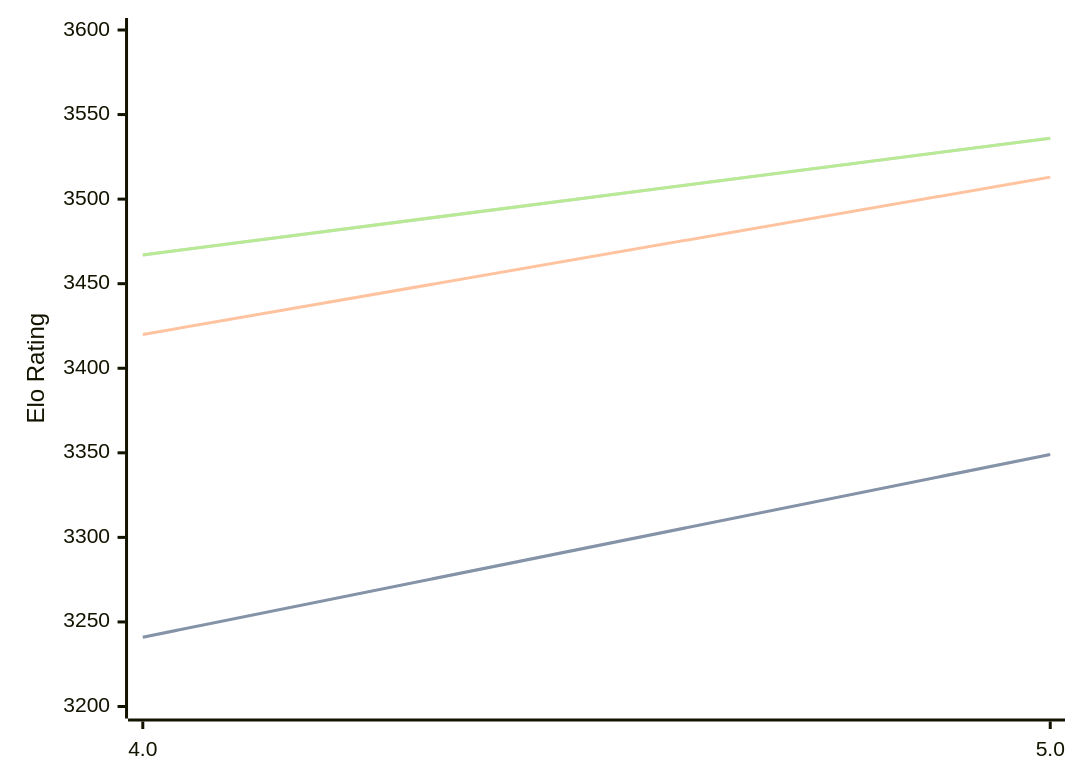
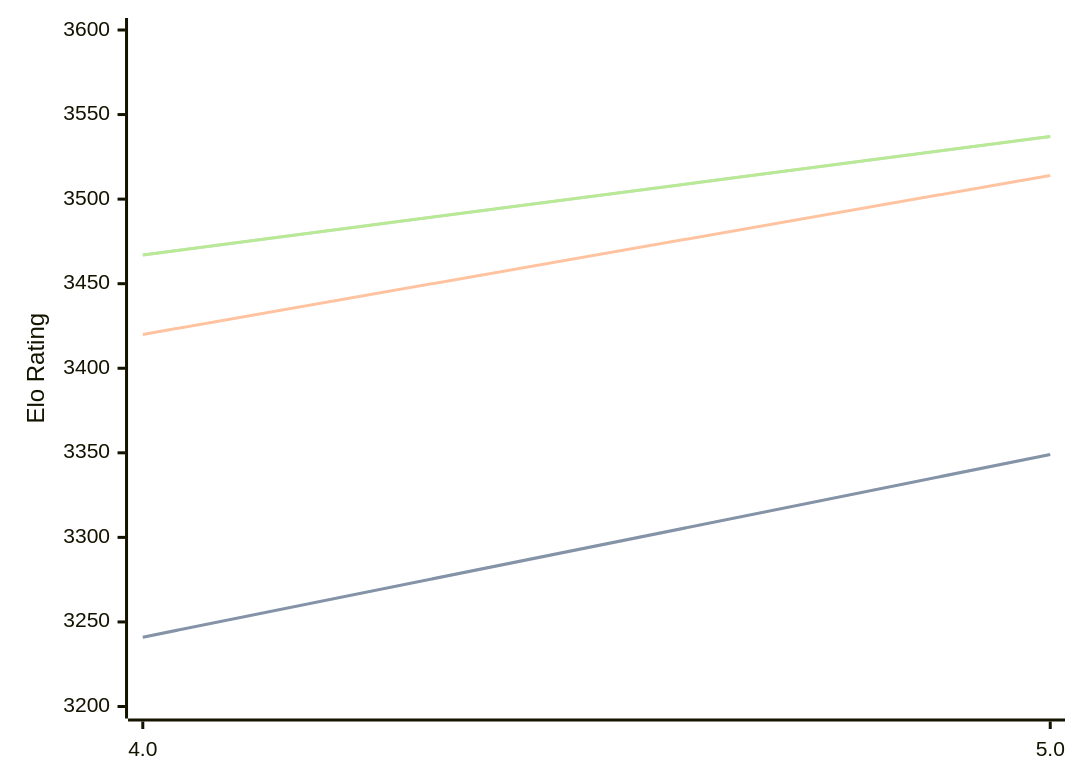
Before and after one commit to computer-chess-index/cci: the diagram in engines/Tarnished.md, drawn with Mermaid. The commit also changed other lines of this file, not shown here.

Commit message:
Update CCI Ratings (ELO VLTC) - 2026-05-22

````diff
--- a/engines/Tarnished.md
+++ b/engines/Tarnished.md
@@ -36,11 +36,11 @@
 ```mermaid
 %%{init: {"theme":"base","themeVariables":{"seriesColors:['#a3a3a3','#222221','#faa371']}}}%%
 xychart-beta
   x-axis ["4.0", "5.0"]
   y-axis "Elo Rating" 3200 --> 3600
   line "STC (8.0+0.08s)" [3241, 3349]
   line "STC (8.0+0.08s)" [3241, 3349]
-  line "LTC (60.0+0.60s)" [3420, 3513]
-  line "VLTC (2m24s+1.12s)" [3467, 3536]
-  line "VLTC (2m24s+1.12s)" [3467, 3536]
+  line "LTC (60.0+0.60s)" [3420, 3514]
+  line "VLTC (2m24s+1.12s)" [3467, 3537]
+  line "VLTC (2m24s+1.12s)" [3467, 3537]
 ```
````
